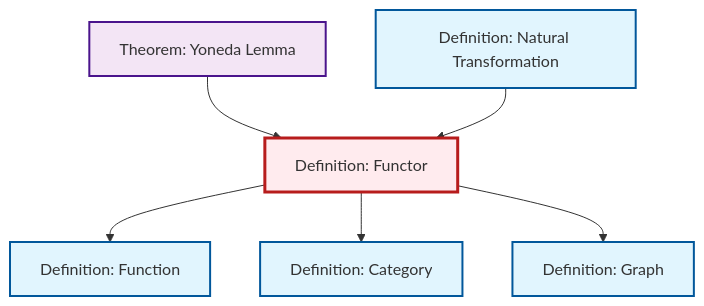
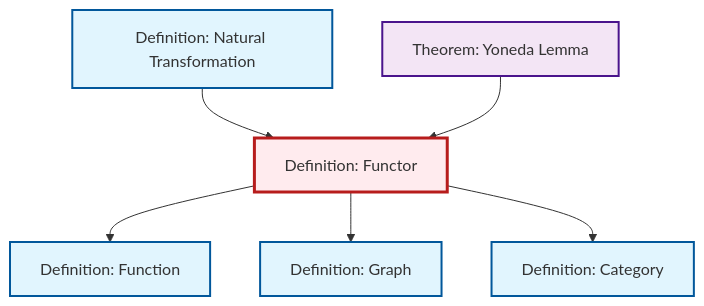
The diagram in content/ja/category-theory/def-functor.qmd (RK0429/ModernMath), drawn with Mermaid before and after one commit. The commit also changed other lines of this file and 22 other files, not shown here.

````diff
--- a/content/ja/category-theory/def-functor.qmd
+++ b/content/ja/category-theory/def-functor.qmd
@@ -51,26 +51,26 @@
 ```{mermaid}
 %%| fig-cap: "Local dependency graph"
 graph TD
     classDef definition fill:#e1f5fe,stroke:#01579b,stroke-width:2px
     classDef theorem fill:#f3e5f5,stroke:#4a148c,stroke-width:2px
     classDef axiom fill:#fff3e0,stroke:#e65100,stroke-width:2px
     classDef example fill:#e8f5e9,stroke:#1b5e20,stroke-width:2px
     classDef current fill:#ffebee,stroke:#b71c1c,stroke-width:3px
+    def-graph["Definition: Graph"]:::definition
+    def-function["Definition: Function"]:::definition
+    def-category["Definition: Category"]:::definition
     def-functor["Definition: Functor"]:::definition
-    def-category["Definition: Category"]:::definition
     def-natural-transformation["Definition: Natural Transformation"]:::definition
     thm-yoneda["Theorem: Yoneda Lemma"]:::theorem
-    def-function["Definition: Function"]:::definition
-    def-graph["Definition: Graph"]:::definition
+    def-functor --> def-function
+    def-functor --> def-graph
+    def-natural-transformation --> def-functor
     thm-yoneda --> def-functor
-    def-functor --> def-function
-    def-natural-transformation --> def-functor
     def-functor --> def-category
-    def-functor --> def-graph
     class def-functor current
+    click def-graph "def-graph.html" "Definition: Graphへ"
+    click def-function "def-function.html" "Definition: Functionへ"
     click def-category "def-category.html" "Definition: Categoryへ"
     click def-natural-transformation "def-natural-transformation.html" "Definition: Natural Transformationへ"
     click thm-yoneda "thm-yoneda.html" "Theorem: Yoneda Lemmaへ"
-    click def-function "def-function.html" "Definition: Functionへ"
-    click def-graph "def-graph.html" "Definition: Graphへ"
 ```
````
